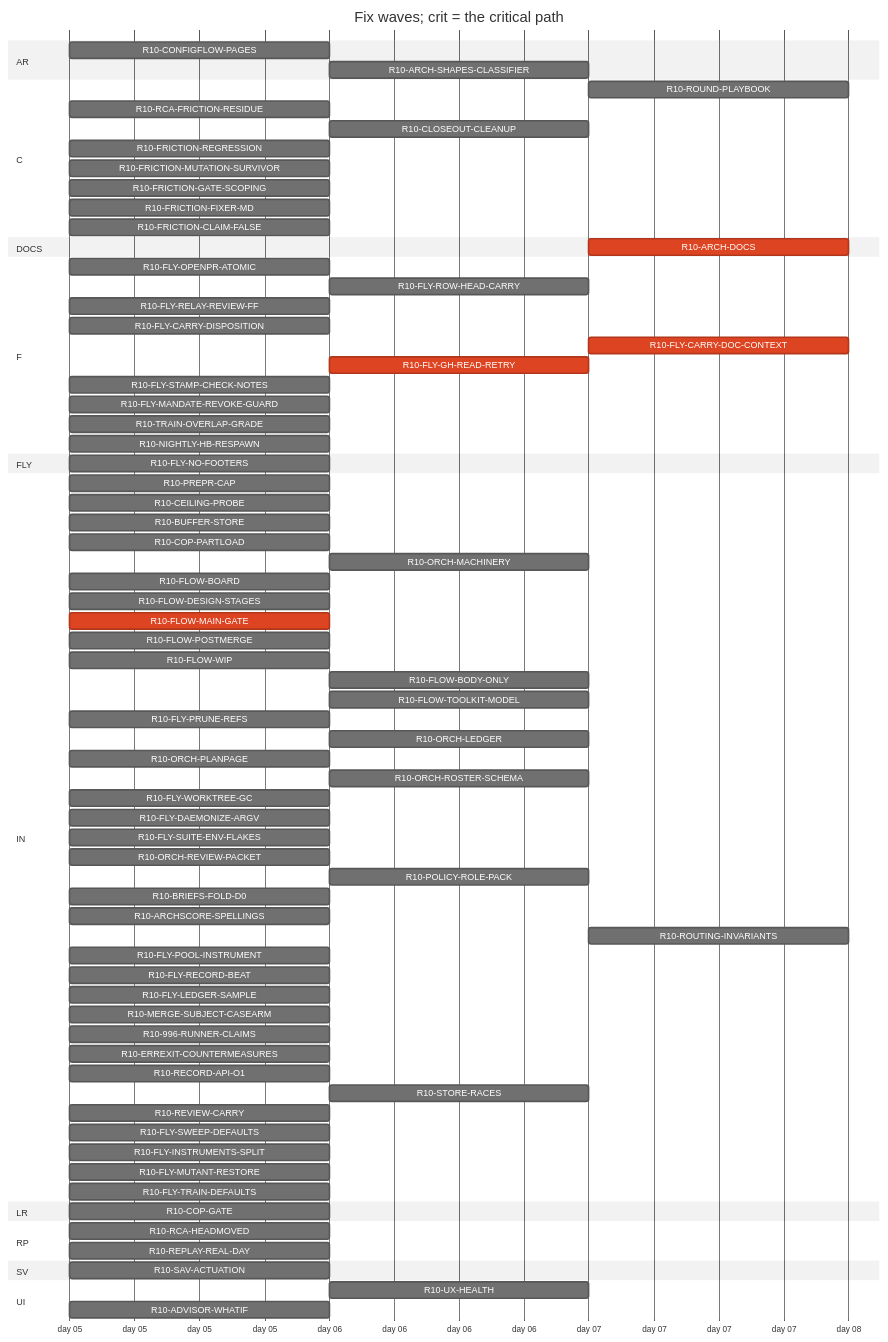
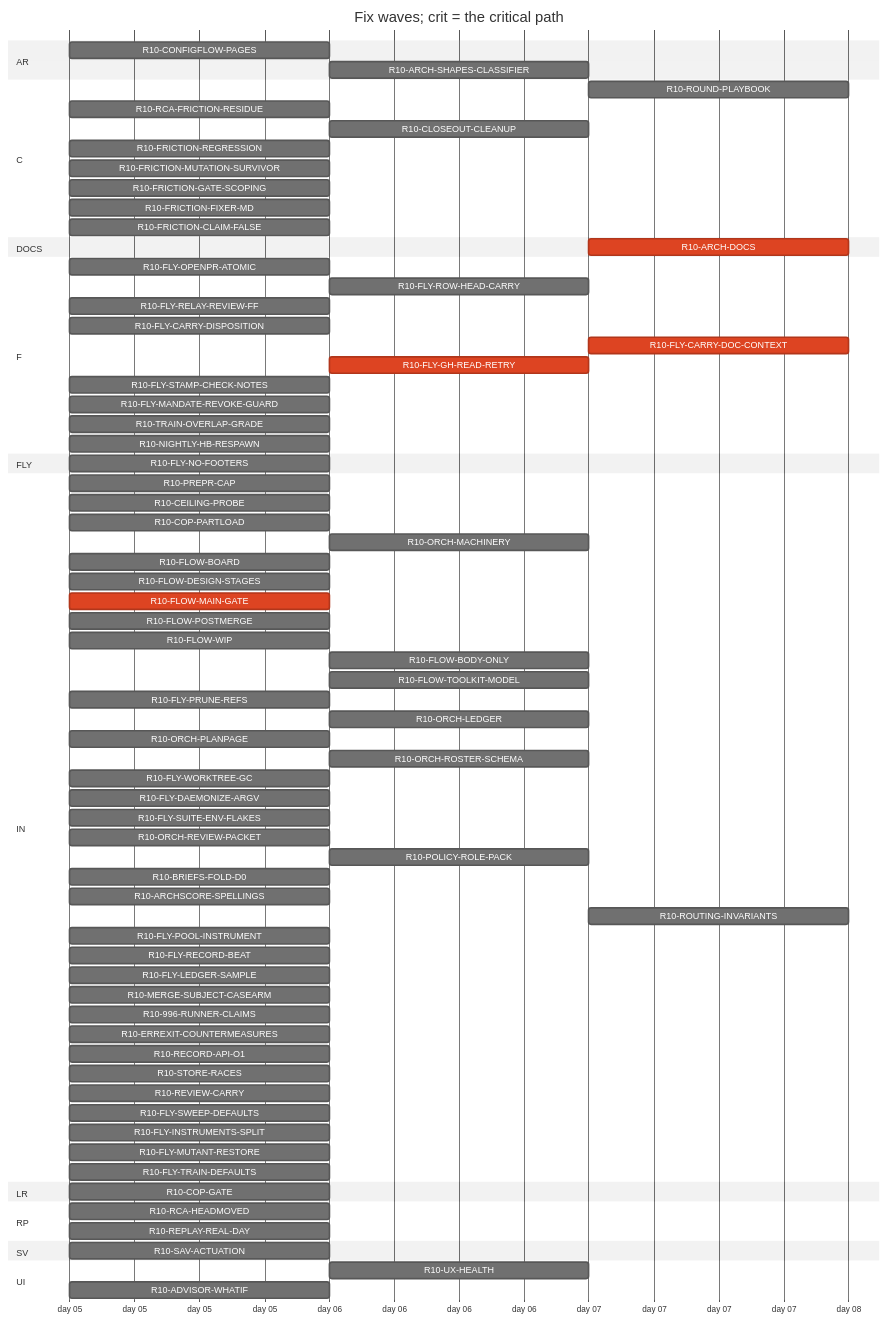
One commit to tvofi/heatpump_optimizer changed the diagram in handoff/round10/state/PLAN-TABLE.md. Above: the diagram before and after it, drawn with Mermaid (neutral theme). The commit also changed other lines of this file and 3 other files, not shown here.

Commit message:
state: FLOW-BOARD.md, NEXT-SESSION-PROMPT.md, PLAN-TABLE.md, RESUME-CURRENT.md regenerated (state_docs.py)

````diff
--- a/handoff/round10/state/PLAN-TABLE.md
+++ b/handoff/round10/state/PLAN-TABLE.md
@@ -23,81 +23,80 @@
 ```mermaid
 gantt
   title Fix waves; crit = the critical path
   dateFormat YYYY-MM-DD
   axisFormat day %d
   section AR
     R10-CONFIGFLOW-PAGES :r10CONFIGFLOWPAGES, 2026-01-05, 1d
     R10-ARCH-SHAPES-CLASSIFIER :r10ARCHSHAPESCLASSIFIER, after r10996RUNNERCLAIMS, 1d
   section C
     R10-ROUND-PLAYBOOK :r10ROUNDPLAYBOOK, after r10ORCHLEDGER r10ORCHPLANPAGE r10FLOWMAINGATE r10FLYRELAYREVIEWFF r10FLOWBODYONLY, 1d
     R10-RCA-FRICTION-RESIDUE :r10RCAFRICTIONRESIDUE, 2026-01-05, 1d
     R10-CLOSEOUT-CLEANUP :r10CLOSEOUTCLEANUP, after r10FLYPRUNEREFS r10FLYWORKTREEGC, 1d
     R10-FRICTION-REGRESSION :r10FRICTIONREGRESSION, 2026-01-05, 1d
     R10-FRICTION-MUTATION-SURVIVOR :r10FRICTIONMUTATIONSURVIVOR, 2026-01-05, 1d
     R10-FRICTION-GATE-SCOPING :r10FRICTIONGATESCOPING, 2026-01-05, 1d
     R10-FRICTION-FIXER-MD :r10FRICTIONFIXERMD, 2026-01-05, 1d
     R10-FRICTION-CLAIM-FALSE :r10FRICTIONCLAIMFALSE, 2026-01-05, 1d
   section DOCS
-    R10-ARCH-DOCS :crit, r10ARCHDOCS, after r10COPGATE r10UXHEALTH r10CONFIGFLOWPAGES r10RCAHEADMOVED r10CEILINGPROBE r10BUFFERSTORE r10COPPARTLOAD r10FLOWBOARD r10FLOWDESIGNSTAGES r10FLOWPOSTMERGE r10FLOWWIP r10FLOWBODYONLY r10FLYOPENPRATOMIC r10FLYROWHEADCARRY r10FLYRELAYREVIEWFF r10FLYCARRYDISPOSITION r10FLYCARRYDOCCONTEXT r10FLOWTOOLKITMODEL r10FLYSTAMPCHECKNOTES r10FLYMANDATEREVOKEGUARD r10RCAFRICTIONRESIDUE r10TRAINOVERLAPGRADE r10NIGHTLYHBRESPAWN r10FLYPRUNEREFS r10ORCHLEDGER r10ORCHPLANPAGE r10ORCHROSTERSCHEMA r10FLYWORKTREEGC r10FLYDAEMONIZEARGV r10ORCHREVIEWPACKET r10POLICYROLEPACK r10BRIEFSFOLDD0 r10REPLAYREALDAY r10ARCHSCORESPELLINGS r10SAVACTUATION r10FLYLEDGERSAMPLE, 1d
+    R10-ARCH-DOCS :crit, r10ARCHDOCS, after r10COPGATE r10UXHEALTH r10CONFIGFLOWPAGES r10RCAHEADMOVED r10CEILINGPROBE r10COPPARTLOAD r10FLOWBOARD r10FLOWDESIGNSTAGES r10FLOWPOSTMERGE r10FLOWWIP r10FLOWBODYONLY r10FLYOPENPRATOMIC r10FLYROWHEADCARRY r10FLYRELAYREVIEWFF r10FLYCARRYDISPOSITION r10FLYCARRYDOCCONTEXT r10FLOWTOOLKITMODEL r10FLYSTAMPCHECKNOTES r10FLYMANDATEREVOKEGUARD r10RCAFRICTIONRESIDUE r10TRAINOVERLAPGRADE r10NIGHTLYHBRESPAWN r10FLYPRUNEREFS r10ORCHLEDGER r10ORCHPLANPAGE r10ORCHROSTERSCHEMA r10FLYWORKTREEGC r10FLYDAEMONIZEARGV r10ORCHREVIEWPACKET r10POLICYROLEPACK r10BRIEFSFOLDD0 r10REPLAYREALDAY r10ARCHSCORESPELLINGS r10SAVACTUATION r10FLYLEDGERSAMPLE, 1d
   section F
     R10-FLY-OPENPR-ATOMIC :r10FLYOPENPRATOMIC, 2026-01-05, 1d
     R10-FLY-ROW-HEAD-CARRY :r10FLYROWHEADCARRY, after r10FLYOPENPRATOMIC, 1d
     R10-FLY-RELAY-REVIEW-FF :r10FLYRELAYREVIEWFF, 2026-01-05, 1d
     R10-FLY-CARRY-DISPOSITION :r10FLYCARRYDISPOSITION, 2026-01-05, 1d
     R10-FLY-CARRY-DOC-CONTEXT :crit, r10FLYCARRYDOCCONTEXT, after r10FLYGHREADRETRY, 1d
     R10-FLY-GH-READ-RETRY :crit, r10FLYGHREADRETRY, after r10FLOWMAINGATE, 1d
     R10-FLY-STAMP-CHECK-NOTES :r10FLYSTAMPCHECKNOTES, 2026-01-05, 1d
     R10-FLY-MANDATE-REVOKE-GUARD :r10FLYMANDATEREVOKEGUARD, 2026-01-05, 1d
     R10-TRAIN-OVERLAP-GRADE :r10TRAINOVERLAPGRADE, 2026-01-05, 1d
     R10-NIGHTLY-HB-RESPAWN :r10NIGHTLYHBRESPAWN, 2026-01-05, 1d
   section FLY
     R10-FLY-NO-FOOTERS :r10FLYNOFOOTERS, 2026-01-05, 1d
   section IN
     R10-PREPR-CAP :r10PREPRCAP, 2026-01-05, 1d
     R10-CEILING-PROBE :r10CEILINGPROBE, 2026-01-05, 1d
-    R10-BUFFER-STORE :r10BUFFERSTORE, 2026-01-05, 1d
     R10-COP-PARTLOAD :r10COPPARTLOAD, 2026-01-05, 1d
     R10-ORCH-MACHINERY :r10ORCHMACHINERY, after r10FLOWMAINGATE, 1d
     R10-FLOW-BOARD :r10FLOWBOARD, 2026-01-05, 1d
     R10-FLOW-DESIGN-STAGES :r10FLOWDESIGNSTAGES, 2026-01-05, 1d
     R10-FLOW-MAIN-GATE :crit, r10FLOWMAINGATE, 2026-01-05, 1d
     R10-FLOW-POSTMERGE :r10FLOWPOSTMERGE, 2026-01-05, 1d
     R10-FLOW-WIP :r10FLOWWIP, 2026-01-05, 1d
     R10-FLOW-BODY-ONLY :r10FLOWBODYONLY, after r10FLYOPENPRATOMIC, 1d
     R10-FLOW-TOOLKIT-MODEL :r10FLOWTOOLKITMODEL, after r10ORCHPLANPAGE, 1d
     R10-FLY-PRUNE-REFS :r10FLYPRUNEREFS, 2026-01-05, 1d
     R10-ORCH-LEDGER :r10ORCHLEDGER, after r10FLOWMAINGATE, 1d
     R10-ORCH-PLANPAGE :r10ORCHPLANPAGE, 2026-01-05, 1d
     R10-ORCH-ROSTER-SCHEMA :r10ORCHROSTERSCHEMA, after r10FLOWMAINGATE, 1d
     R10-FLY-WORKTREE-GC :r10FLYWORKTREEGC, 2026-01-05, 1d
     R10-FLY-DAEMONIZE-ARGV :r10FLYDAEMONIZEARGV, 2026-01-05, 1d
     R10-FLY-SUITE-ENV-FLAKES :r10FLYSUITEENVFLAKES, 2026-01-05, 1d
     R10-ORCH-REVIEW-PACKET :r10ORCHREVIEWPACKET, 2026-01-05, 1d
     R10-POLICY-ROLE-PACK :r10POLICYROLEPACK, after r10FLOWDESIGNSTAGES, 1d
     R10-BRIEFS-FOLD-D0 :r10BRIEFSFOLDD0, 2026-01-05, 1d
     R10-ARCHSCORE-SPELLINGS :r10ARCHSCORESPELLINGS, 2026-01-05, 1d
     R10-ROUTING-INVARIANTS :r10ROUTINGINVARIANTS, after r10ORCHROSTERSCHEMA, 1d
     R10-FLY-POOL-INSTRUMENT :r10FLYPOOLINSTRUMENT, 2026-01-05, 1d
     R10-FLY-RECORD-BEAT :r10FLYRECORDBEAT, 2026-01-05, 1d
     R10-FLY-LEDGER-SAMPLE :r10FLYLEDGERSAMPLE, 2026-01-05, 1d
     R10-MERGE-SUBJECT-CASEARM :r10MERGESUBJECTCASEARM, 2026-01-05, 1d
     R10-996-RUNNER-CLAIMS :r10996RUNNERCLAIMS, 2026-01-05, 1d
     R10-ERREXIT-COUNTERMEASURES :r10ERREXITCOUNTERMEASURES, 2026-01-05, 1d
     R10-RECORD-API-O1 :r10RECORDAPIO1, 2026-01-05, 1d
-    R10-STORE-RACES :r10STORERACES, after r10BUFFERSTORE, 1d
+    R10-STORE-RACES :r10STORERACES, 2026-01-05, 1d
     R10-REVIEW-CARRY :r10REVIEWCARRY, 2026-01-05, 1d
     R10-FLY-SWEEP-DEFAULTS :r10FLYSWEEPDEFAULTS, 2026-01-05, 1d
     R10-FLY-INSTRUMENTS-SPLIT :r10FLYINSTRUMENTSSPLIT, 2026-01-05, 1d
     R10-FLY-MUTANT-RESTORE :r10FLYMUTANTRESTORE, 2026-01-05, 1d
     R10-FLY-TRAIN-DEFAULTS :r10FLYTRAINDEFAULTS, 2026-01-05, 1d
   section LR
     R10-COP-GATE :r10COPGATE, 2026-01-05, 1d
   section RP
     R10-RCA-HEADMOVED :r10RCAHEADMOVED, 2026-01-05, 1d
     R10-REPLAY-REAL-DAY :r10REPLAYREALDAY, 2026-01-05, 1d
   section SV
     R10-SAV-ACTUATION :r10SAVACTUATION, 2026-01-05, 1d
   section UI
     R10-UX-HEALTH :r10UXHEALTH, after r10COPGATE, 1d
     R10-ADVISOR-WHATIF :r10ADVISORWHATIF, 2026-01-05, 1d
 ```
````
